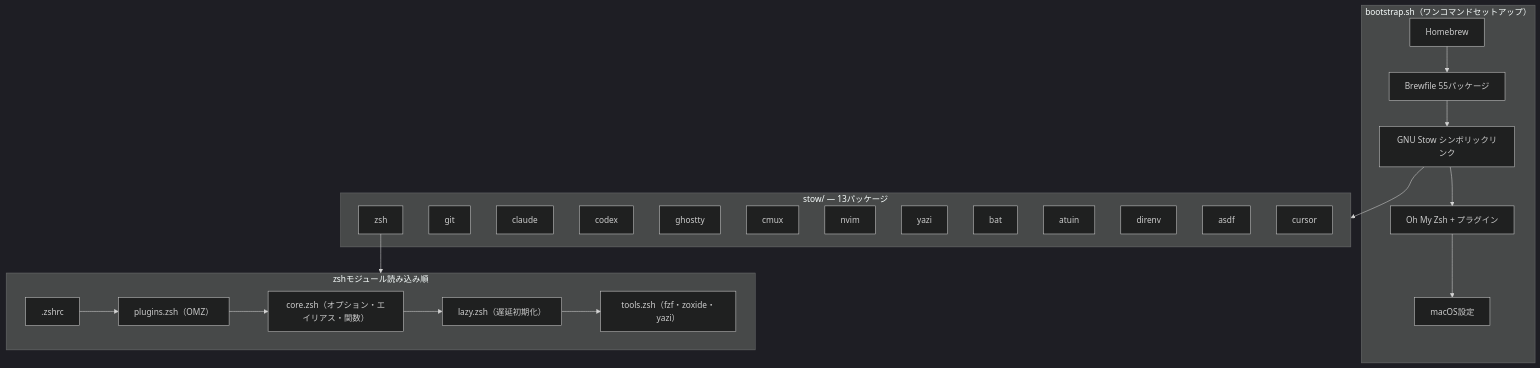
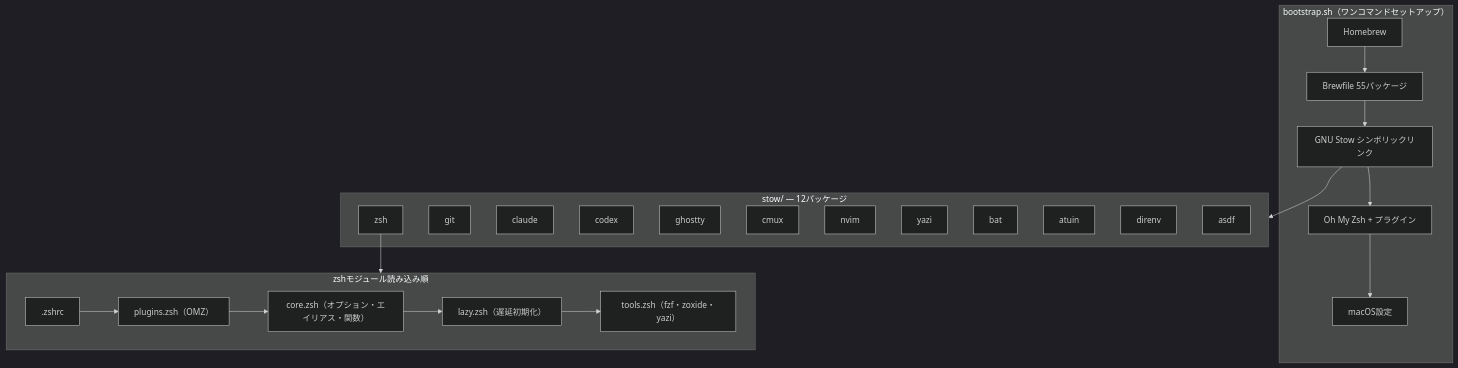
One commit to otake-shol/dotfiles changed the diagram in README.md. Above: the diagram before and after it, drawn with Mermaid (dark theme). The commit also changed other lines of this file and 3 other files, not shown here.

First line of the commit message:
chore(cursor): Cursor利用をやめたため stow パッケージと関連Makeターゲットを削除

````diff
--- a/README.md
+++ b/README.md
@@ -96,36 +94,35 @@
 ```mermaid
 graph TB
     subgraph bootstrap["bootstrap.sh（ワンコマンドセットアップ）"]
         B1[Homebrew]
         B1 --> B2[Brewfile 55パッケージ]
         B2 --> B3[GNU Stow シンボリックリンク]
         B3 --> B4[Oh My Zsh + プラグイン]
         B4 --> B5[macOS設定]
     end
 
-    subgraph stow["stow/ — 13パッケージ"]
+    subgraph stow["stow/ — 12パッケージ"]
         S1[zsh]
         S2[git]
         S3[claude]
         S4[codex]
         S5[ghostty]
         S6[cmux]
         S7[nvim]
         S8[yazi]
         S9[bat]
         S10[atuin]
         S11[direnv]
         S12[asdf]
-        S13[cursor]
     end
 
     subgraph shell["zshモジュール読み込み順"]
         Z1[".zshrc"] --> Z2["plugins.zsh（OMZ）"]
         Z2 --> Z3["core.zsh（オプション・エイリアス・関数）"]
         Z3 --> Z4["lazy.zsh（遅延初期化）"]
         Z4 --> Z5["tools.zsh（fzf・zoxide・yazi）"]
     end
 
     B3 --> stow
     S1 --> shell
 ```
````
